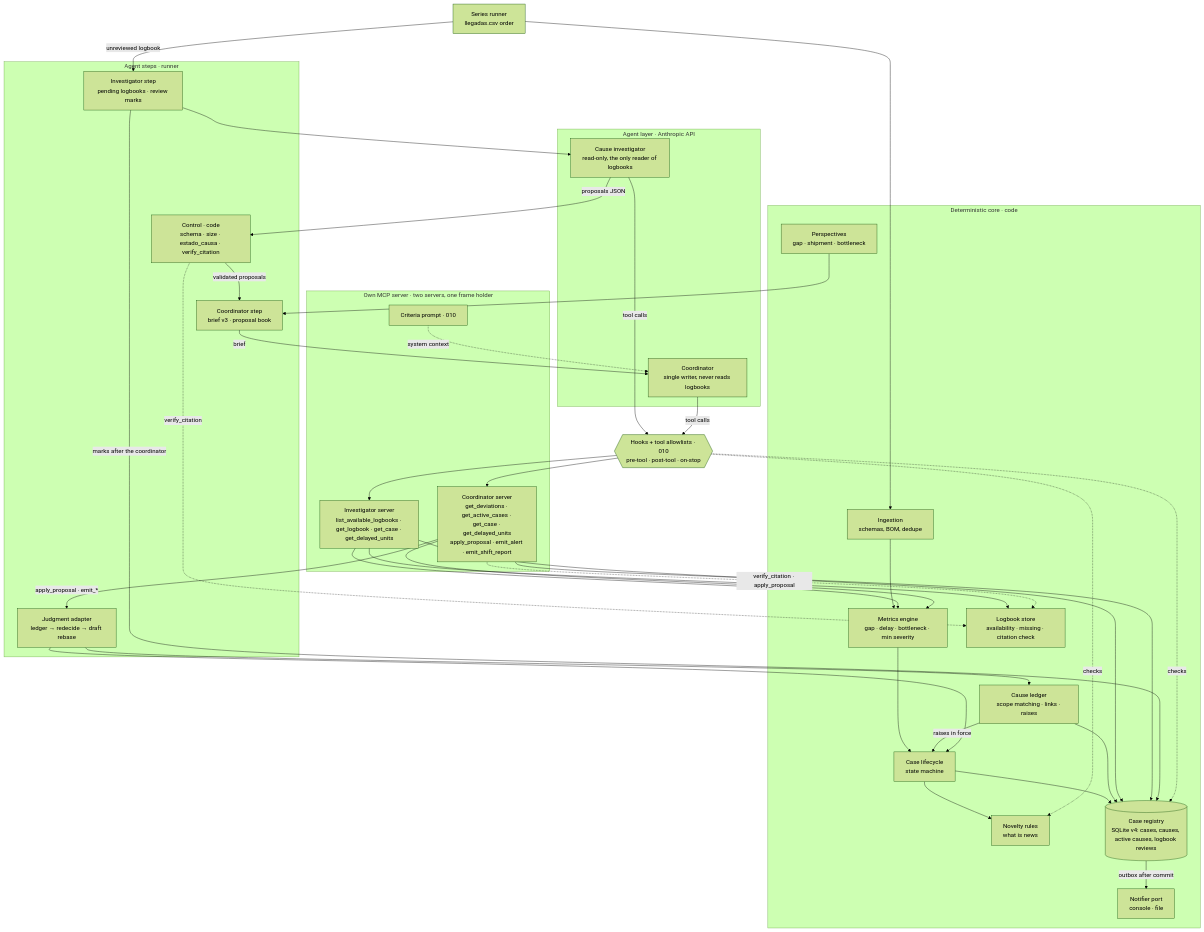
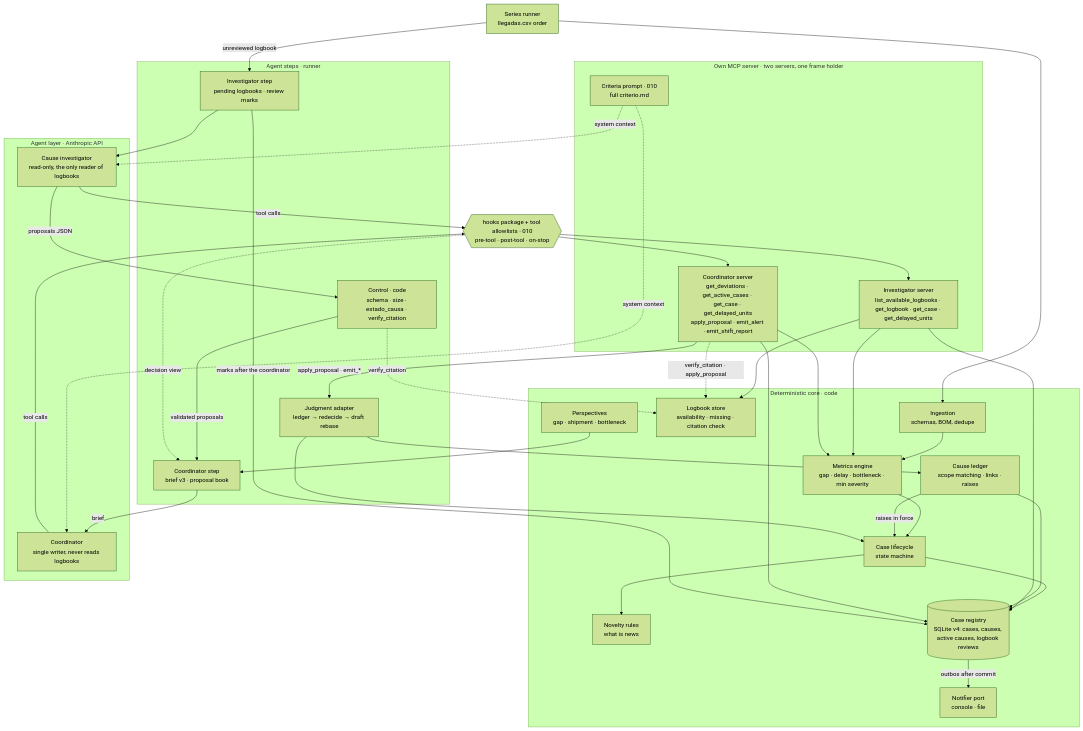
Before and after one commit to mateo-velasquez/Plant-supervisory-agent: the diagram in docs/diagrams/components.md, drawn with Mermaid (forest theme). The commit also changed other lines of this file and 64 other files, not shown here.

Commit message:
docs(010): structure, agent capabilities, diagrams and roadmap (T11)

````diff
--- a/docs/diagrams/components.md
+++ b/docs/diagrams/components.md
@@ -3,59 +3,58 @@
 ```mermaid
 flowchart TB
     runner[Series runner<br/>llegadas.csv order]
 
     subgraph core[Deterministic core · code]
         ingest[Ingestion<br/>schemas, BOM, dedupe]
         metrics[Metrics engine<br/>gap · delay · bottleneck · min severity]
         lifecycle[Case lifecycle<br/>state machine]
         novelty[Novelty rules<br/>what is news]
         registry[(Case registry<br/>SQLite v4: cases, causes, active causes, logbook reviews)]
         ledger[Cause ledger<br/>scope matching · links · raises]
         logstore[Logbook store<br/>availability · missing · citation check]
         persp[Perspectives<br/>gap · shipment · bottleneck]
         notify[Notifier port<br/>console · file]
     end
 
     subgraph steps[Agent steps · runner]
         review[Investigator step<br/>pending logbooks · review marks]
         control[Control · code<br/>schema · size · estado_causa · verify_citation]
         coordstep[Coordinator step<br/>brief v3 · proposal book]
         adapter[Judgment adapter<br/>ledger → redecide → draft rebase]
     end
 
     subgraph mcp[Own MCP server · two servers, one frame holder]
         invtools[Investigator server<br/>list_available_logbooks · get_logbook · get_case · get_delayed_units]
         coordtools[Coordinator server<br/>get_deviations · get_active_cases · get_case · get_delayed_units<br/>apply_proposal · emit_alert · emit_shift_report]
-        prompt[Criteria prompt · 010]
+        prompt[Criteria prompt · 010<br/>full criterio.md]
     end
 
     subgraph agents[Agent layer · Anthropic API]
         investigator[Cause investigator<br/>read-only, the only reader of logbooks]
         coordinator[Coordinator<br/>single writer, never reads logbooks]
     end
 
-    hooks{{Hooks + tool allowlists · 010<br/>pre-tool · post-tool · on-stop}}
+    hooks{{hooks package + tool allowlists · 010<br/>pre-tool · post-tool · on-stop}}
 
     runner --> ingest --> metrics --> lifecycle --> registry
     lifecycle --> novelty
     ledger -- raises in force --> lifecycle
     ledger --> registry
     runner -- unreviewed logbook --> review --> investigator
     investigator -- tool calls --> hooks --> invtools
     investigator -- proposals JSON --> control
     control -. verify_citation .-> logstore
     control -- validated proposals --> coordstep
     persp --> coordstep
     coordstep -- brief --> coordinator
     coordinator -- tool calls --> hooks --> coordtools
     invtools --> registry & logstore & metrics
     coordtools --> registry & metrics
     coordtools -- apply_proposal · emit_* --> adapter
     coordtools -. verify_citation · apply_proposal .-> logstore
     adapter --> ledger & lifecycle
     review -- marks after the coordinator --> registry
-    prompt -. system context .-> coordinator
+    prompt -. system context .-> coordinator & investigator
     registry -- outbox after commit --> notify
-    hooks -. checks .-> novelty
-    hooks -. checks .-> registry
+    hooks -. decision view .-> coordstep
 ```
````
